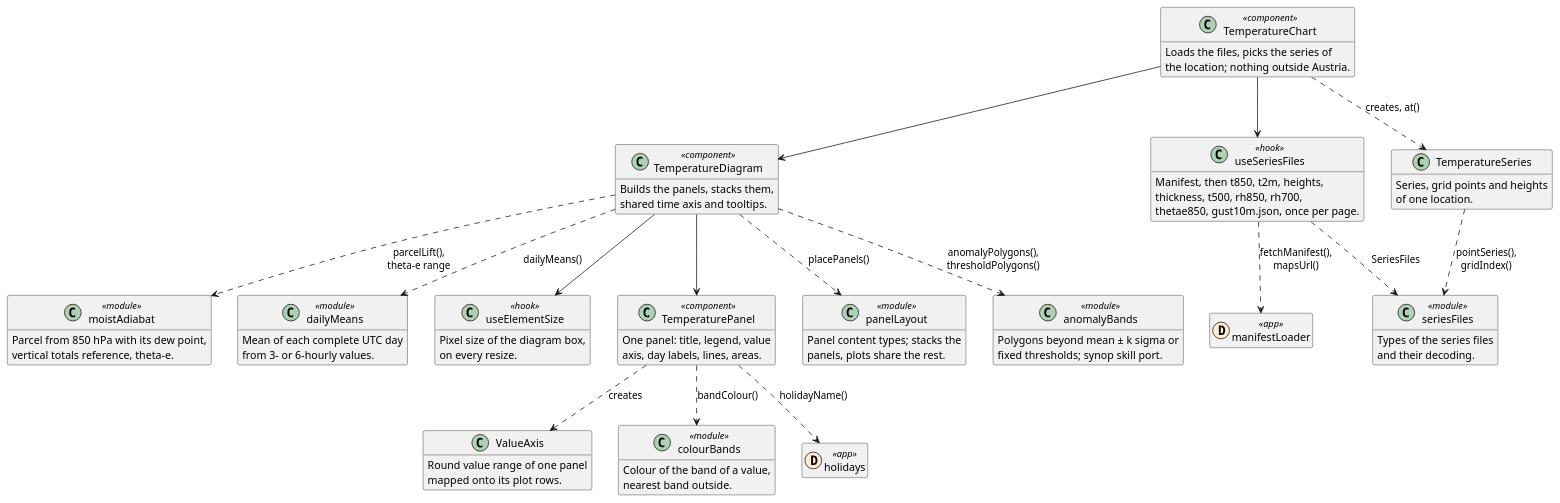
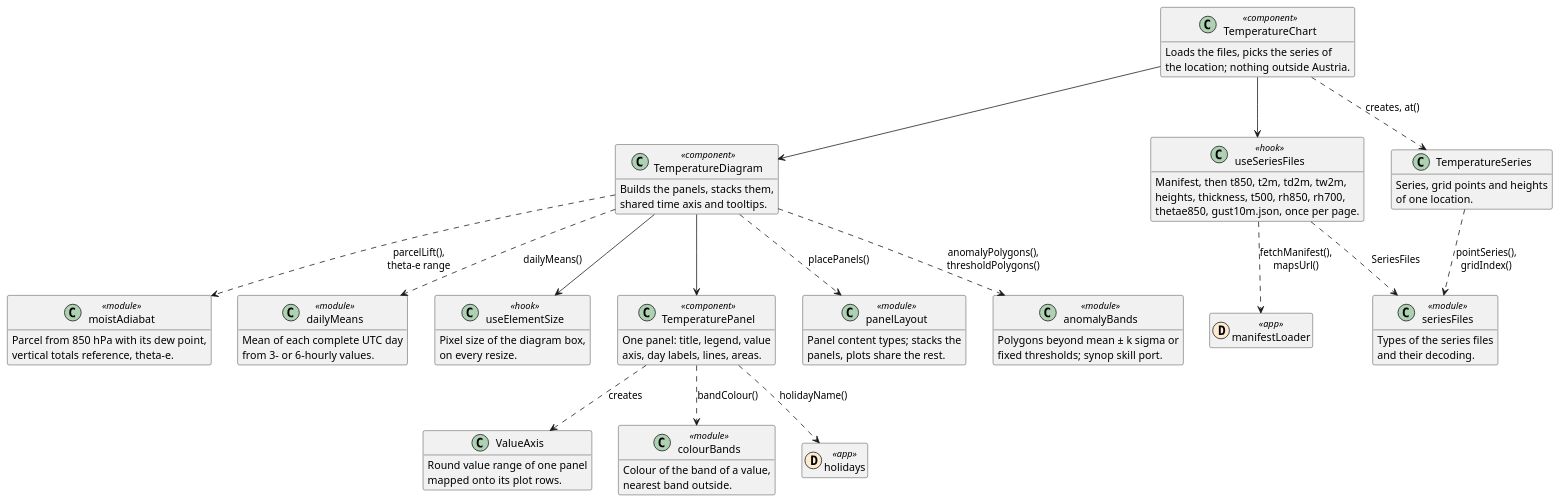
The second of 2 diagrams in REFERENCE.webapp.md (schletz/wetterkartenviewer), drawn with PlantUML before and after one commit. The commit also changed other lines of this file and 25 other files, not shown here.

````diff
--- a/REFERENCE.webapp.md
+++ b/REFERENCE.webapp.md
@@ -168,75 +168,75 @@
 ```plantuml
 @startuml temperature
 hide empty members
 class TemperatureChart <<component>> {
  Loads the files, picks the series of
  the location; nothing outside Austria.
 }
 class TemperatureDiagram <<component>> {
  Builds the panels, stacks them,
  shared time axis and tooltips.
 }
 class TemperaturePanel <<component>> {
  One panel: title, legend, value
  axis, day labels, lines, areas.
 }
 class useSeriesFiles <<hook>> {
- Manifest, then t850, t2m, heights,
- thickness, t500, rh850, rh700,
+ Manifest, then t850, t2m, td2m, tw2m,
+ heights, thickness, t500, rh850, rh700,
  thetae850, gust10m.json, once per page.
 }
 class TemperatureSeries {
  Series, grid points and heights
  of one location.
 }
 class panelLayout <<module>> {
  Panel content types; stacks the
  panels, plots share the rest.
 }
 class ValueAxis {
  Round value range of one panel
  mapped onto its plot rows.
 }
 class anomalyBands <<module>> {
  Polygons beyond mean ± k sigma or
  fixed thresholds; synop skill port.
 }
 class moistAdiabat <<module>> {
  Parcel from 850 hPa with its dew point,
  vertical totals reference, theta-e.
 }
 class dailyMeans <<module>> {
  Mean of each complete UTC day
  from 3- or 6-hourly values.
 }
 class colourBands <<module>> {
  Colour of the band of a value,
  nearest band outside.
 }
 class seriesFiles <<module>> {
  Types of the series files
  and their decoding.
 }
 class useElementSize <<hook>> {
  Pixel size of the diagram box,
  on every resize.
 }
 class manifestLoader << (D,#fdebd1) app >>
 class holidays << (D,#fdebd1) app >>
 TemperatureChart --> useSeriesFiles
 TemperatureChart ..> TemperatureSeries : creates, at()
 TemperatureChart --> TemperatureDiagram
 useSeriesFiles ..> manifestLoader : fetchManifest(),\nmapsUrl()
 useSeriesFiles ..> seriesFiles : SeriesFiles
 TemperatureSeries ..> seriesFiles : pointSeries(),\ngridIndex()
 TemperatureDiagram ..> panelLayout : placePanels()
 TemperatureDiagram ..> anomalyBands : anomalyPolygons(),\nthresholdPolygons()
 TemperatureDiagram ..> moistAdiabat : parcelLift(),\ntheta-e range
 TemperatureDiagram ..> dailyMeans : dailyMeans()
 TemperatureDiagram --> TemperaturePanel
 TemperatureDiagram --> useElementSize
 TemperaturePanel ..> ValueAxis : creates
 TemperaturePanel ..> holidays : holidayName()
 TemperaturePanel ..> colourBands : bandColour()
 @enduml
 ```
````
